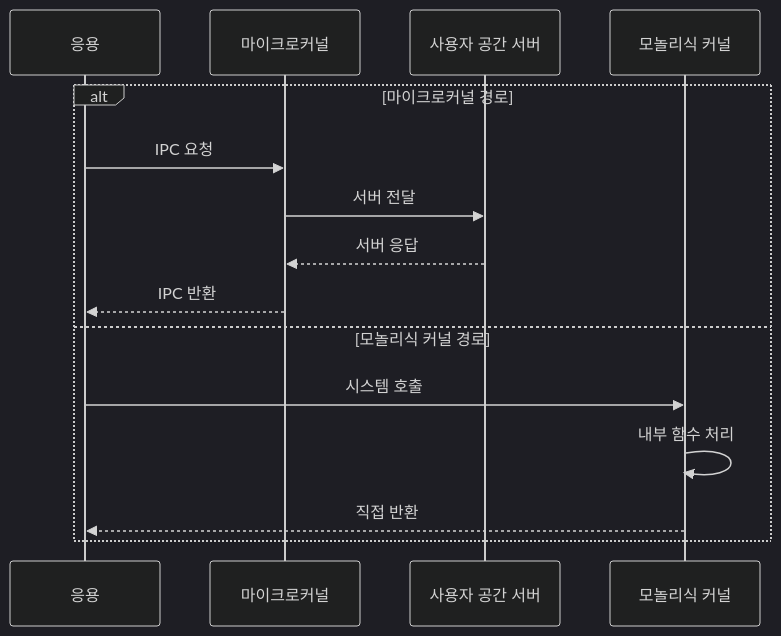
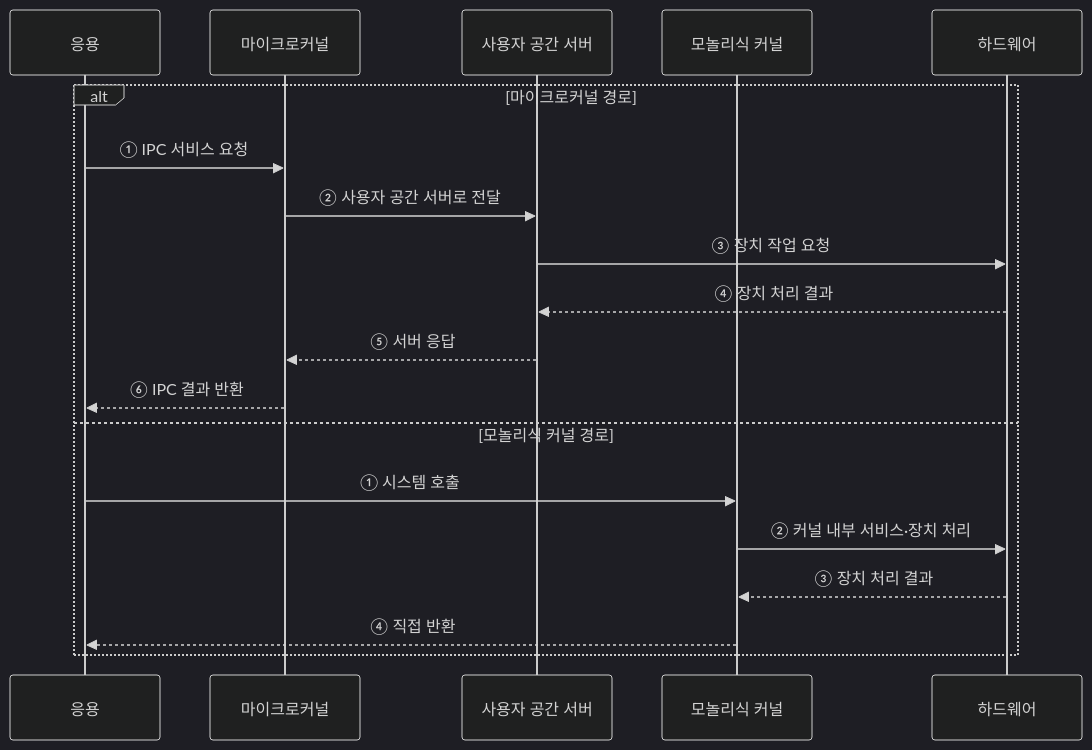
Before and after one commit to agnusdei1207/knowledge-base: the second of 2 diagrams in src/content/docs/notes/03-software/024_microkernel_vs_monolithic.md, drawn with Mermaid (dark theme). The commit also changed other lines of this file and 20 other files, not shown here.

````diff
--- a/src/content/docs/notes/03-software/024_microkernel_vs_monolithic.md
+++ b/src/content/docs/notes/03-software/024_microkernel_vs_monolithic.md
@@ -92,17 +87,21 @@
 ```mermaid
 sequenceDiagram
     participant A as 응용
     participant M as 마이크로커널
     participant S as 사용자 공간 서버
     participant K as 모놀리식 커널
+    participant H as 하드웨어
     alt 마이크로커널 경로
-        A->>M: IPC 요청
-        M->>S: 서버 전달
-        S-->>M: 서버 응답
-        M-->>A: IPC 반환
+        A->>M: ① IPC 서비스 요청
+        M->>S: ② 사용자 공간 서버로 전달
+        S->>H: ③ 장치 작업 요청
+        H-->>S: ④ 장치 처리 결과
+        S-->>M: ⑤ 서버 응답
+        M-->>A: ⑥ IPC 결과 반환
     else 모놀리식 커널 경로
-        A->>K: 시스템 호출
-        K->>K: 내부 함수 처리
-        K-->>A: 직접 반환
+        A->>K: ① 시스템 호출
+        K->>H: ② 커널 내부 서비스·장치 처리
+        H-->>K: ③ 장치 처리 결과
+        K-->>A: ④ 직접 반환
     end
 ```
````
